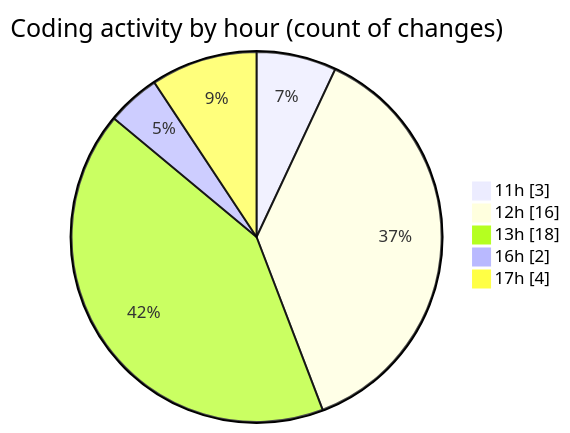
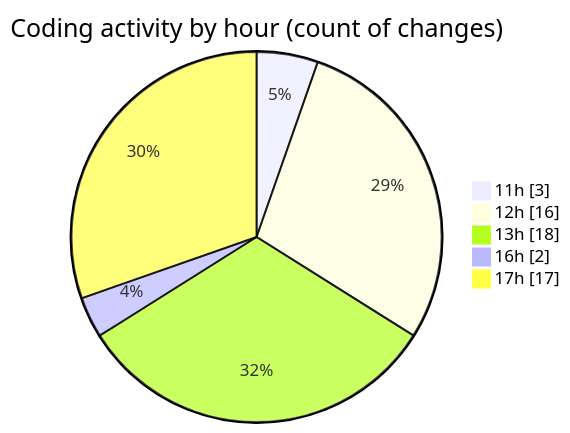
The second of 2 diagrams in 2025-06-03/nxtqube_webapp/README.md (nxtqubesakshisongat/code-tracking), drawn with Mermaid before and after one commit. The commit also changed other lines of this file and 1 other file, not shown here.

````diff
--- a/2025-06-03/nxtqube_webapp/README.md
+++ b/2025-06-03/nxtqube_webapp/README.md
@@ -30,9 +30,9 @@
 ```mermaid
 pie showData
 title Coding activity by hour (count of changes)
 "11h" : 3
 "12h" : 16
 "13h" : 18
 "16h" : 2
-"17h" : 4
+"17h" : 17
 ```
````
